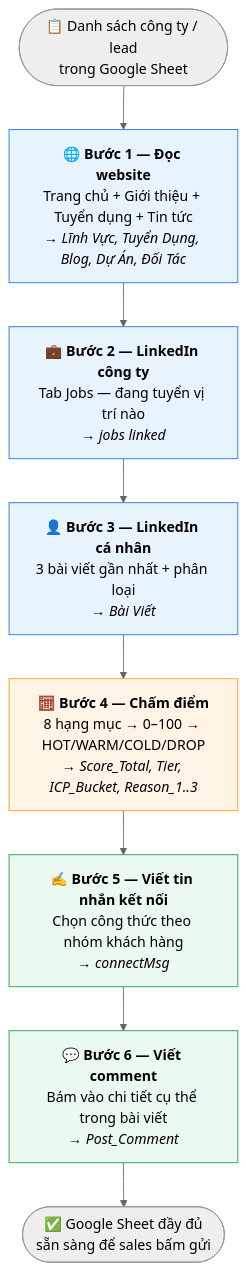
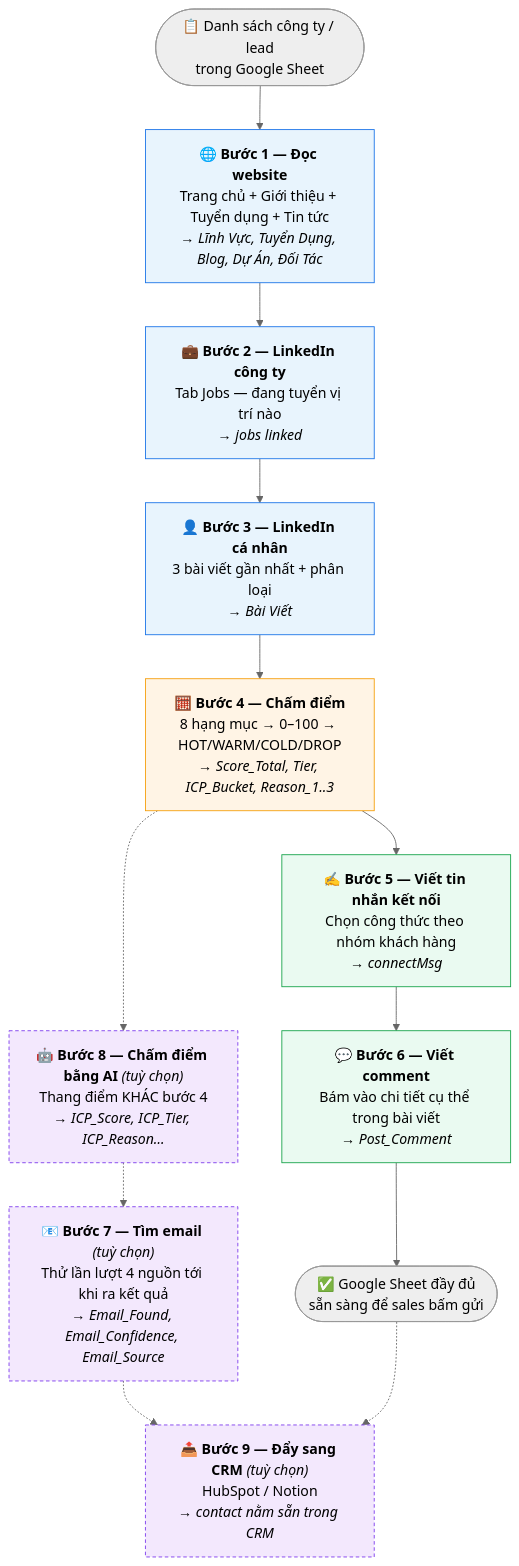
The diagram in SPECS-NON-TECH.md (hiepnguyen2000hn/py-linked-crawl), drawn with Mermaid (neutral theme) before and after one commit. The commit also changed other lines of this file and 1 other file, not shown here.

````diff
--- a/SPECS-NON-TECH.md
+++ b/SPECS-NON-TECH.md
@@ -339,21 +358,31 @@
 ```mermaid
 flowchart TD
     START(["📋 Danh sách công ty / lead<br/>trong Google Sheet"]) --> B1
 
     B1["🌐 <b>Bước 1 — Đọc website</b><br/>Trang chủ + Giới thiệu + Tuyển dụng + Tin tức<br/><i>→ Lĩnh Vực, Tuyển Dụng, Blog, Dự Án, Đối Tác</i>"]
     B2["💼 <b>Bước 2 — LinkedIn công ty</b><br/>Tab Jobs — đang tuyển vị trí nào<br/><i>→ jobs linked</i>"]
     B3["👤 <b>Bước 3 — LinkedIn cá nhân</b><br/>3 bài viết gần nhất + phân loại<br/><i>→ Bài Viết</i>"]
     B4["🧮 <b>Bước 4 — Chấm điểm</b><br/>8 hạng mục → 0–100 → HOT/WARM/COLD/DROP<br/><i>→ Score_Total, Tier, ICP_Bucket, Reason_1..3</i>"]
     B5["✍️ <b>Bước 5 — Viết tin nhắn kết nối</b><br/>Chọn công thức theo nhóm khách hàng<br/><i>→ connectMsg</i>"]
     B6["💬 <b>Bước 6 — Viết comment</b><br/>Bám vào chi tiết cụ thể trong bài viết<br/><i>→ Post_Comment</i>"]
 
+    B7["📧 <b>Bước 7 — Tìm email</b> <i>(tuỳ chọn)</i><br/>Thử lần lượt 4 nguồn tới khi ra kết quả<br/><i>→ Email_Found, Email_Confidence, Email_Source</i>"]
+    B8["🤖 <b>Bước 8 — Chấm điểm bằng AI</b> <i>(tuỳ chọn)</i><br/>Thang điểm KHÁC bước 4<br/><i>→ ICP_Score, ICP_Tier, ICP_Reason…</i>"]
+    B9["📤 <b>Bước 9 — Đẩy sang CRM</b> <i>(tuỳ chọn)</i><br/>HubSpot / Notion<br/><i>→ contact nằm sẵn trong CRM</i>"]
+
     B1 --> B2 --> B3 --> B4 --> B5 --> B6
+    B4 -.-> B8 -.-> B7
     B6 --> END(["✅ Google Sheet đầy đủ<br/>sẵn sàng để sales bấm gửi"])
+    B7 -.-> B9
+    END -.-> B9
 
     style B1 fill:#e8f4fd,stroke:#1a73e8
     style B2 fill:#e8f4fd,stroke:#1a73e8
     style B3 fill:#e8f4fd,stroke:#1a73e8
     style B4 fill:#fff4e5,stroke:#f59e0b
     style B5 fill:#eafaf1,stroke:#16a34a
     style B6 fill:#eafaf1,stroke:#16a34a
+    style B7 fill:#f3e8fd,stroke:#7c3aed,stroke-dasharray: 4 3
+    style B8 fill:#f3e8fd,stroke:#7c3aed,stroke-dasharray: 4 3
+    style B9 fill:#f3e8fd,stroke:#7c3aed,stroke-dasharray: 4 3
 ```
````
